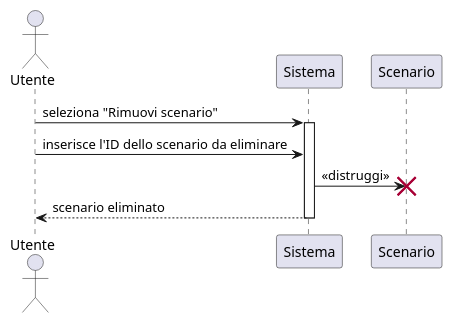
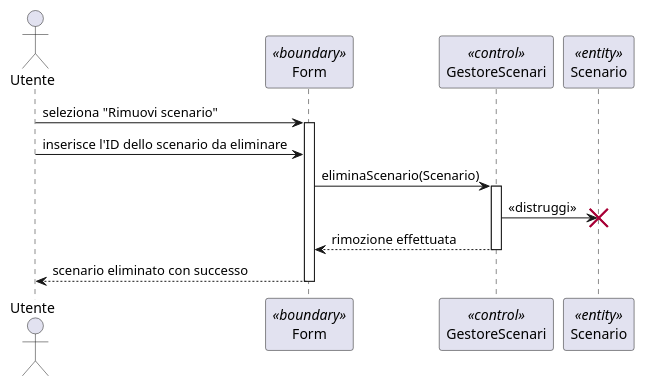
The diagram in documenti vari/diagrammi di sequenza/Scenari/RimuoviScenario.puml (Mastronardidavide/Progetto_ing_del_software), drawn with PlantUML before and after one commit. The commit also changed 55 other files, not shown here.

Commit message:
Correzione diagrammi di sequenza

```diff
--- a/documenti vari/diagrammi di sequenza/Scenari/RimuoviScenario.puml
+++ b/documenti vari/diagrammi di sequenza/Scenari/RimuoviScenario.puml
@@ -1,15 +1,23 @@
 @startuml
 actor Utente
-participant Sistema
-participant Scenario
+participant Form <<boundary>>
+participant GestoreScenari <<control>>
+participant Scenario <<entity>>
 
-Utente -> Sistema : seleziona "Rimuovi scenario"
-activate Sistema
+Utente -> Form : seleziona "Rimuovi scenario"
+activate Form
 
-Utente -> Sistema : inserisce l'ID dello scenario da eliminare
-Sistema -> Scenario !! : <<distruggi>>
+Utente -> Form : inserisce l'ID dello scenario da eliminare
+
+Form -> GestoreScenari : eliminaScenario(Scenario)
+activate GestoreScenari
+
+GestoreScenari -> Scenario !! : <<distruggi>>
 destroy Scenario
 
-Sistema --> Utente : scenario eliminato
-deactivate Sistema
+GestoreScenari --> Form : rimozione effettuata
+deactivate GestoreScenari
+
+Form --> Utente : scenario eliminato con successo
+deactivate Form
 @enduml
```
